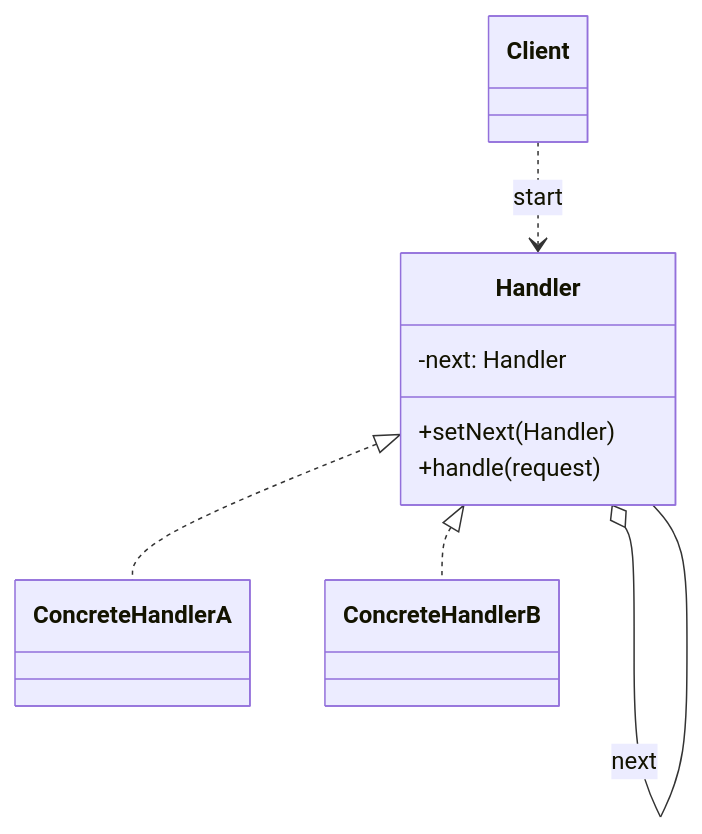
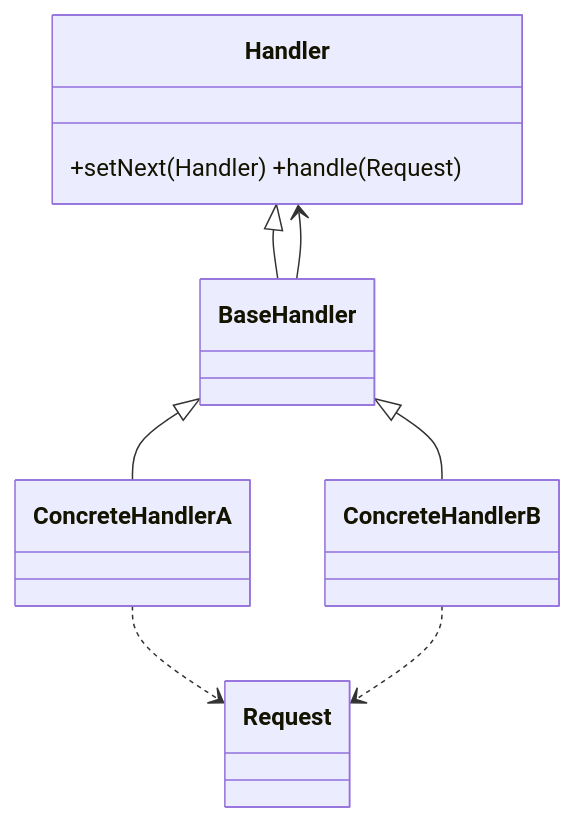
Diagram 13 of 23 in README.md (apdaza/gof-patterns-in-pygame), drawn with Mermaid before and after one commit. The commit also changed other lines of this file, not shown here.

````diff
--- a/README.md
+++ b/README.md
@@ -289,17 +559,14 @@
 ```mermaid
 classDiagram
-    direction TD
-    class Handler {
-      -next: Handler
-      +setNext(Handler)
-      +handle(request)
-    }
-    class ConcreteHandlerA
-    class ConcreteHandlerB
-    class Client
-
-    Handler <|.. ConcreteHandlerA
-    Handler <|.. ConcreteHandlerB
-    Handler o-- Handler : next
-    Client ..> Handler : start
+class Handler{+setNext(Handler) +handle(Request)}
+class BaseHandler
+class ConcreteHandlerA
+class ConcreteHandlerB
+class Request
+Handler <|-- BaseHandler
+BaseHandler <|-- ConcreteHandlerA
+BaseHandler <|-- ConcreteHandlerB
+BaseHandler --> Handler
+ConcreteHandlerA ..> Request
+ConcreteHandlerB ..> Request
 ```
````
